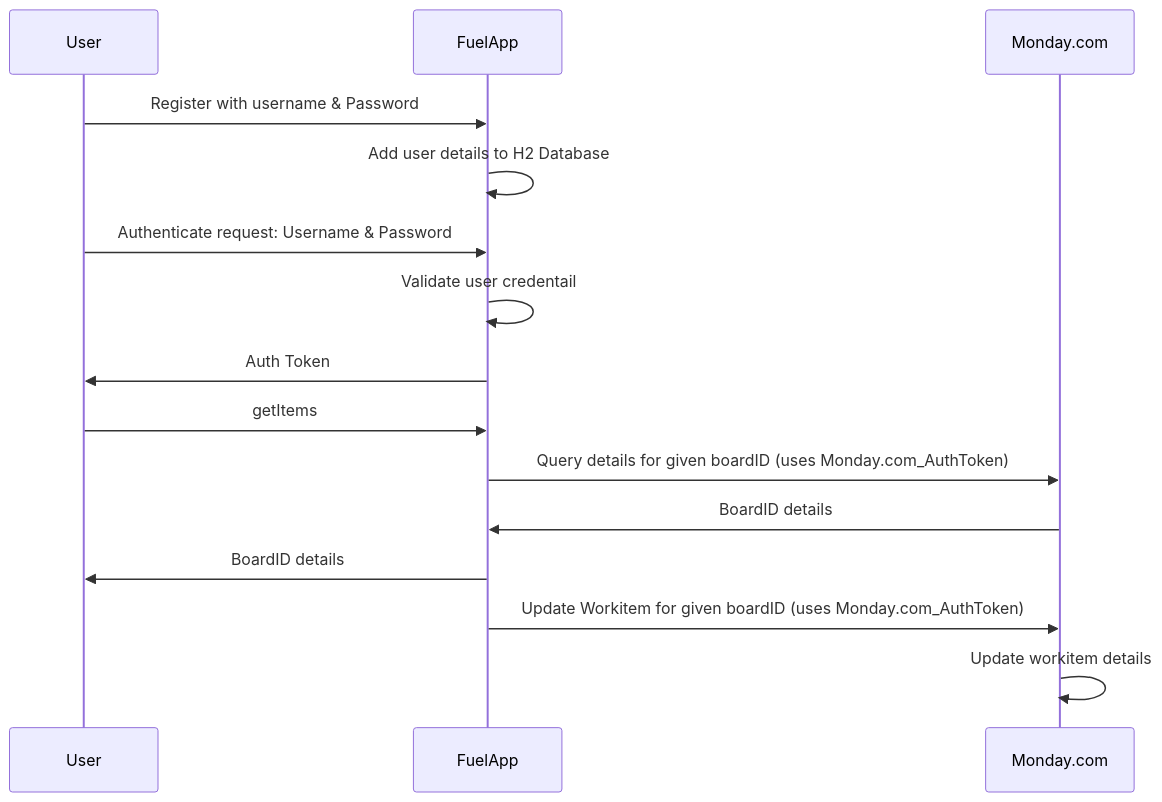
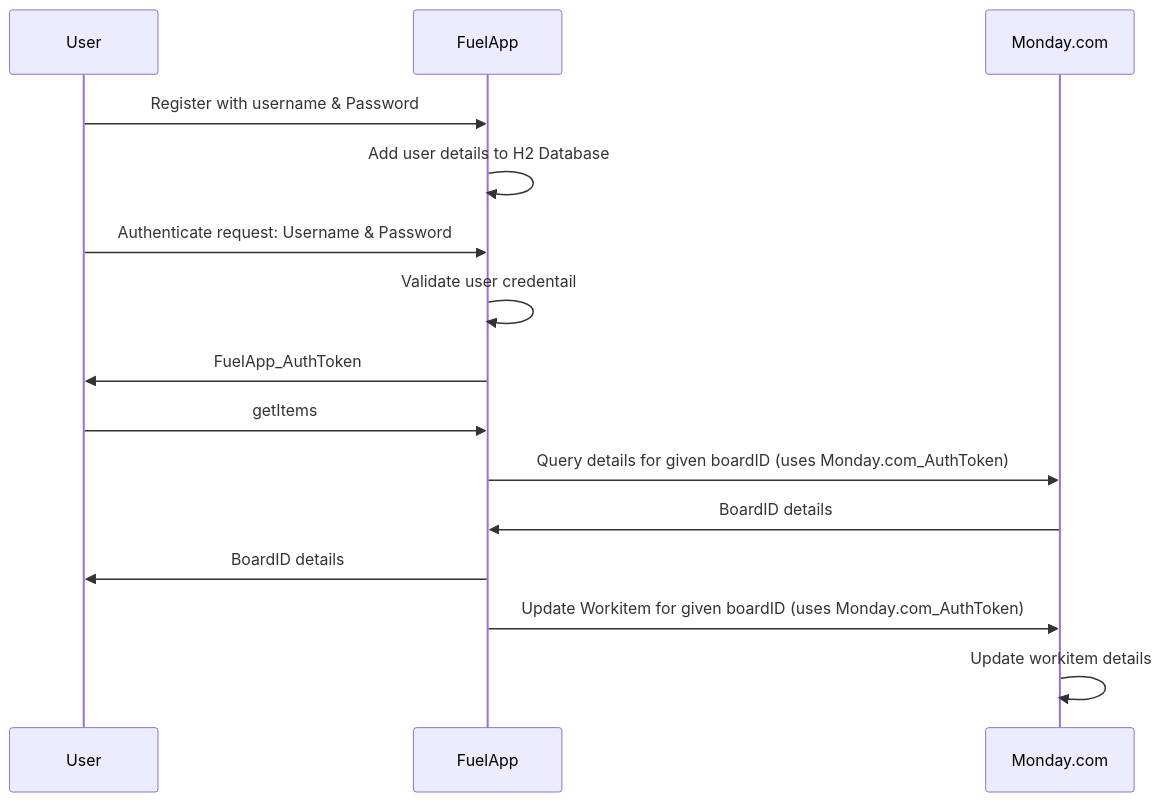
The diagram in README.md (otparics/Test_project), drawn with Mermaid before and after one commit.

````diff
--- a/README.md
+++ b/README.md
@@ -2,17 +2,17 @@
 ```mermaid
 sequenceDiagram
     participant User
     participant FuelApp
     participant Monday.com
     User->>FuelApp: Register with username & Password
     FuelApp->>FuelApp: Add user details to H2 Database
     User->>FuelApp: Authenticate request: Username & Password
     FuelApp->>FuelApp: Validate user credentail 
-    FuelApp->>User: Auth Token
+    FuelApp->>User: FuelApp_AuthToken
     User->>FuelApp: getItems 
     FuelApp->>Monday.com: Query details for given boardID (uses Monday.com_AuthToken)
     Monday.com->>FuelApp: BoardID details
     FuelApp->>User: BoardID details
     FuelApp->>Monday.com: Update Workitem for given boardID (uses Monday.com_AuthToken)
     Monday.com->>Monday.com: Update workitem details
 ```
````
